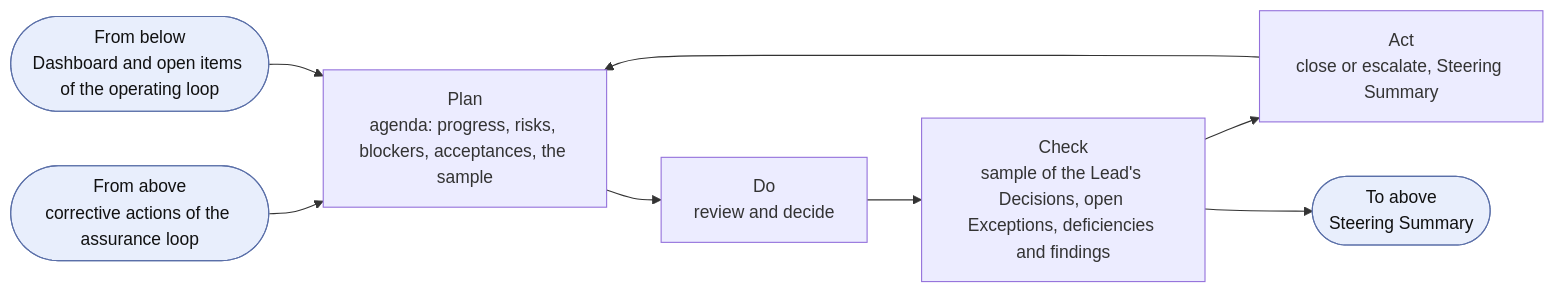
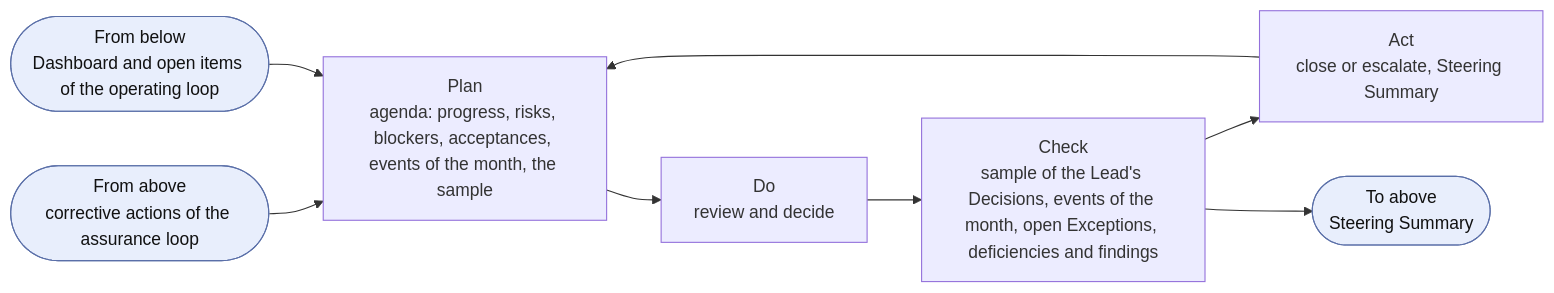
One commit to devhogu/ob-aicc changed the fourth of 8 diagrams in charter/documents/operating-model.md. Above: the diagram before and after it, drawn with Mermaid. The commit also changed other lines of this file and 455 other files, not shown here.

First line of the commit message:
Charter and Registry at revision 2.0: the documents carry what the portal states by intent (DR-2026-062)

````diff
--- a/charter/documents/operating-model.md
+++ b/charter/documents/operating-model.md
@@ -195,8 +203,8 @@
 ```mermaid
 flowchart LR
   IN(["From above<br/>corrective actions of the assurance loop"]):::iface --> P
-  P["Plan<br/>agenda: progress, risks, blockers, acceptances, the sample"] --> D["Do<br/>review and decide"] --> C["Check<br/>sample of the Lead's Decisions, open Exceptions, deficiencies and findings"] --> A["Act<br/>close or escalate, Steering Summary"] --> P
+  P["Plan<br/>agenda: progress, risks, blockers, acceptances, events of the month, the sample"] --> D["Do<br/>review and decide"] --> C["Check<br/>sample of the Lead's Decisions, events of the month, open Exceptions, deficiencies and findings"] --> A["Act<br/>close or escalate, Steering Summary"] --> P
   EV(["From below<br/>Dashboard and open items of the operating loop"]):::iface --> P
   C --> UP(["To above<br/>Steering Summary"]):::iface
   classDef iface fill:#e8eefc,stroke:#5a6fa8,color:#111
 ```
````
